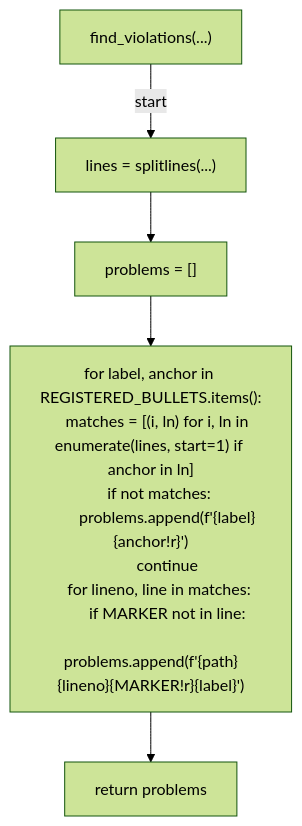
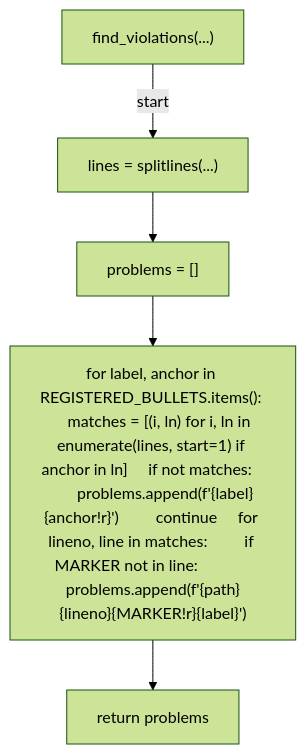
Before and after one commit to tvna/claude-md: the first of 3 diagrams in docs/generated/scripts/ast/scan_nonexhaustive_invariant_drift.md, drawn with Mermaid (forest theme). The commit also changed other lines of this file and 23 other files, not shown here.

First line of the commit message:
docs(generated): regenerate decision tree and workflow diagrams (batch 4/5)

````diff
--- a/docs/generated/scripts/ast/scan_nonexhaustive_invariant_drift.md
+++ b/docs/generated/scripts/ast/scan_nonexhaustive_invariant_drift.md
@@ -7,19 +7,12 @@
 ```mermaid
 flowchart TD
     N001["find_violations(...)"]
     N002["lines = splitlines(...)"]
     N003["problems = []"]
-    N004["for label, anchor in REGISTERED_BULLETS.items():
-    matches = [(i, ln) for i, ln in enumerate(lines, start=1) if anchor in ln]
-    if not matches:
-        problems.append(f'<str>{label}<str>{anchor!r}<str>')
-        continue
-    for lineno, line in matches:
-        if MARKER not in line:
-            problems.append(f'<str>{path}<str>{lineno}<str>{MARKER!r}<str>{label}<str>')"]
+    N004["for label, anchor in REGISTERED_BULLETS.items():     matches = [(i, ln) for i, ln in enumerate(lines, start=1) if anchor in ln]     if not matches:         problems.append(f'<str>{label}<str>{anchor!r}<str>')         continue     for lineno, line in matches:         if MARKER not in line:             problems.append(f'<str>{path}<str>{lineno}<str>{MARKER!r}<str>{label}<str>')"]
     N005["return problems"]
     N001 -->|"start"| N002
     N002 --> N003
     N003 --> N004
     N004 --> N005
 ```
````
